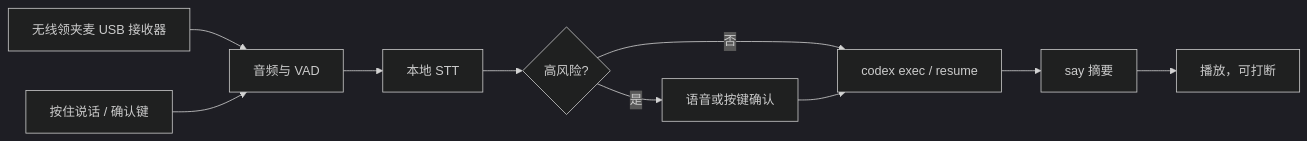
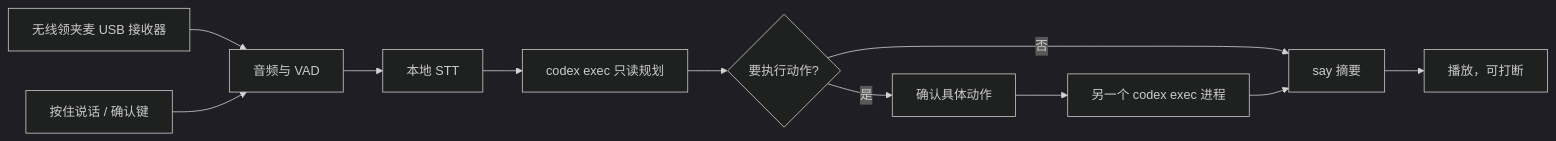
One commit to AlexJCD2025/codex-voice-orb changed the diagram in README.md. Above: the diagram before and after it, drawn with Mermaid (dark theme). The commit also changed other lines of this file and 28 other files, not shown here.

First line of the commit message:
Gate Codex writes behind a read-only plan and confirmation.

````diff
--- a/README.md
+++ b/README.md
@@ -17,12 +19,13 @@
 ```mermaid
 flowchart LR
   Mic[无线领夹麦 USB 接收器] --> Audio[音频与 VAD]
   Key[按住说话 / 确认键] --> Audio
   Audio --> STT[本地 STT]
-  STT --> Gate{高风险?}
-  Gate -->|是| Confirm[语音或按键确认]
-  Gate -->|否| Codex
-  Confirm --> Codex[codex exec / resume]
-  Codex --> TTS[say 摘要]
+  STT --> Plan[codex exec 只读规划]
+  Plan --> Need{要执行动作?}
+  Need -->|否| TTS
+  Need -->|是| Confirm[确认具体动作]
+  Confirm --> Exec[另一个 codex exec 进程]
+  Exec --> TTS[say 摘要]
   TTS --> Play[播放，可打断]
 ```
````
